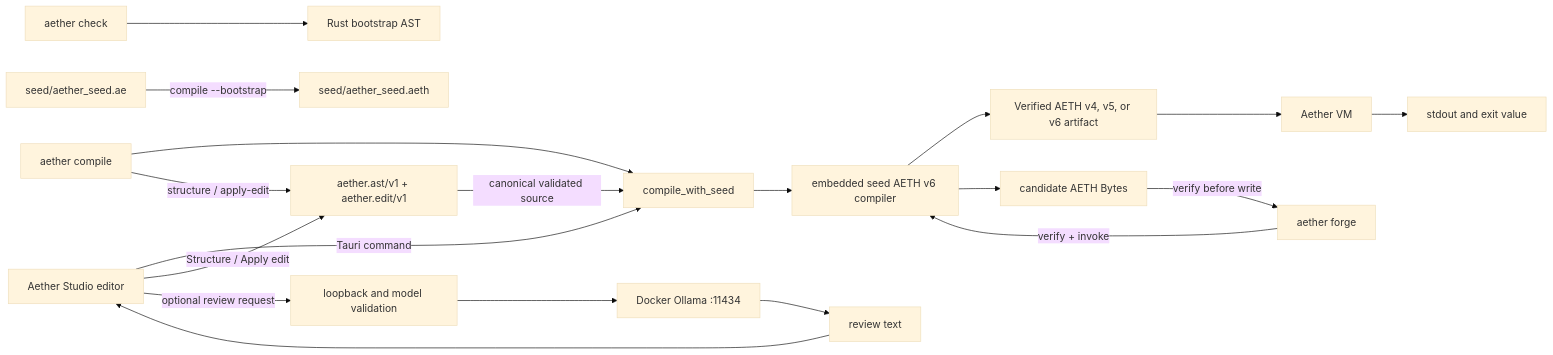
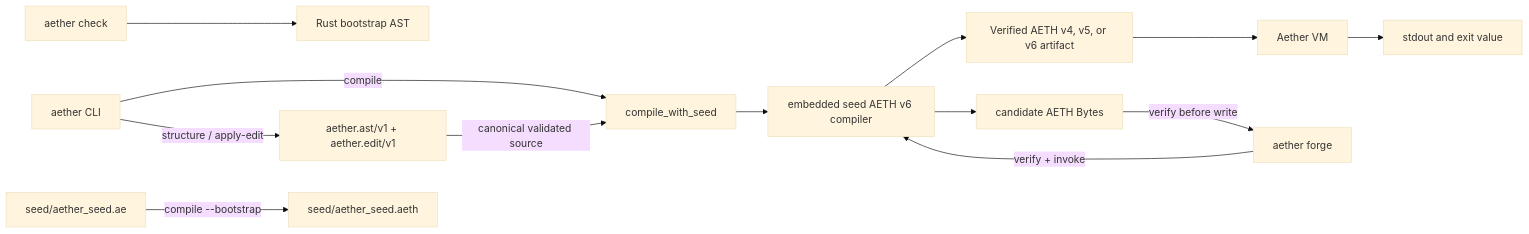
The diagram in docs/ARCHITECTURE.md (MrWizard94-Compile/XLang), drawn with Mermaid (base theme) before and after one commit. The commit also changed other lines of this file and 102 other files, not shown here.

Commit message:
refactor(product): retire Aether Studio and keep CLI toolchain

```diff
--- a/docs/ARCHITECTURE.md
+++ b/docs/ARCHITECTURE.md
@@ -3,21 +3,15 @@
 ~~~mermaid
 flowchart LR
-    Editor["Aether Studio editor"] -->|"Tauri command"| SeedPath["compile_with_seed"]
-    CLI["aether compile"] --> SeedPath
-    Editor -->|"Structure / Apply edit"| Authoring["aether.ast/v1 + aether.edit/v1"]
-    CLI -->|"structure / apply-edit"| Authoring
+    CLI["aether CLI"] -->|"compile"| SeedPath["compile_with_seed"]
+    CLI -->|"structure / apply-edit"| Authoring["aether.ast/v1 + aether.edit/v1"]
     Authoring -->|"canonical validated source"| SeedPath
     SeedPath --> SeedArt["embedded seed AETH v6 compiler"]
     SeedArt --> Artifact["Verified AETH v4, v5, or v6 artifact"]
     Artifact --> VM["Aether VM"]
     VM --> Result["stdout and exit value"]
     Check["aether check"] --> Bootstrap["Rust bootstrap AST"]
     SeedSrc["seed/aether_seed.ae"] -->|"compile --bootstrap"| SeedArtFile["seed/aether_seed.aeth"]
     Forge["aether forge"] -->|"verify + invoke"| SeedArt
     SeedArt --> Candidate["candidate AETH Bytes"]
     Candidate -->|"verify before write"| Forge
-    Editor -->|"optional review request"| Guard["loopback and model validation"]
-    Guard --> Ollama["Docker Ollama :11434"]
-    Ollama --> Review["review text"]
-    Review --> Editor
 ~~~
```
